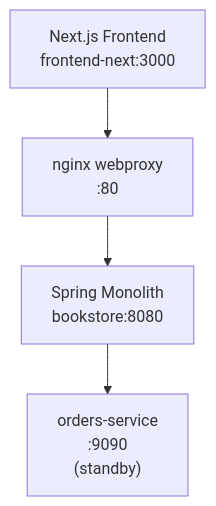
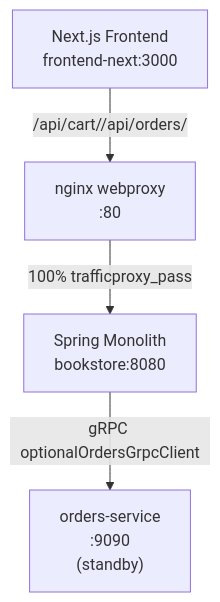
The first of 4 diagrams in docs/deepwiki/Traffic-Migration-Strategy.md (philipz/spring-modular-monolith), drawn with Mermaid before and after one commit. The commit also changed other lines of this file and 55 other files, not shown here.

````diff
--- a/docs/deepwiki/Traffic-Migration-Strategy.md
+++ b/docs/deepwiki/Traffic-Migration-Strategy.md
@@ -33,12 +33,12 @@
 ```mermaid
 flowchart TD
 
 Client["Next.js Frontend<br>frontend-next:3000"]
 Nginx["nginx webproxy<br>:80"]
 Monolith["Spring Monolith<br>bookstore:8080"]
 OrdersSvc["orders-service<br>:9090<br>(standby)"]
 
-Client --> Nginx
-Nginx --> Monolith
-Monolith --> OrdersSvc
+Client -->|"/api/cart//api/orders/"| Nginx
+Nginx -->|"100% trafficproxy_pass"| Monolith
+Monolith -->|"gRPC optionalOrdersGrpcClient"| OrdersSvc
 ```
````
